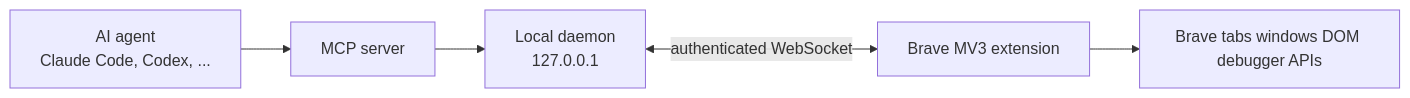
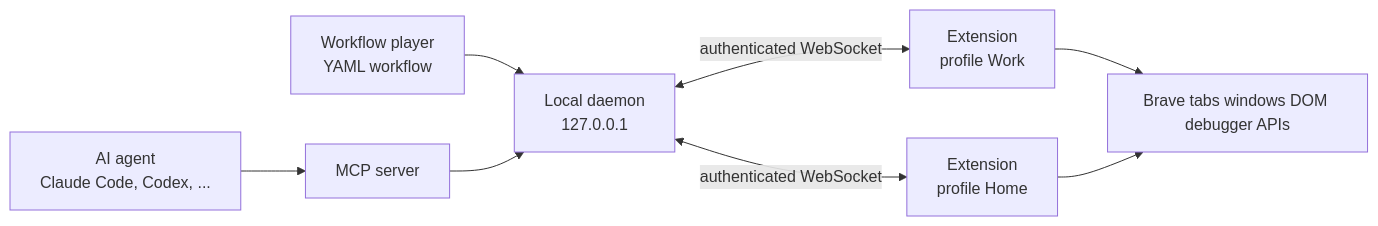
The diagram in README.md (povesma/brave-mcp), drawn with Mermaid before and after one commit. The commit also changed other lines of this file, not shown here.

First line of the commit message:
docs(readme): present both uses and explain the profile lock

````diff
--- a/README.md
+++ b/README.md
@@ -55,7 +75,10 @@
 ```mermaid
 flowchart LR
     C[AI agent<br/>Claude Code, Codex, ...] --> M[MCP server]
+    W[Workflow player<br/>YAML workflow] --> D
     M --> D[Local daemon<br/>127.0.0.1]
-    D <-->|authenticated WebSocket| E[Brave MV3 extension]
-    E --> B[Brave tabs windows DOM debugger APIs]
+    D <-->|authenticated WebSocket| E1[Extension<br/>profile Work]
+    D <-->|authenticated WebSocket| E2[Extension<br/>profile Home]
+    E1 --> B[Brave tabs windows DOM debugger APIs]
+    E2 --> B
 ```
````
